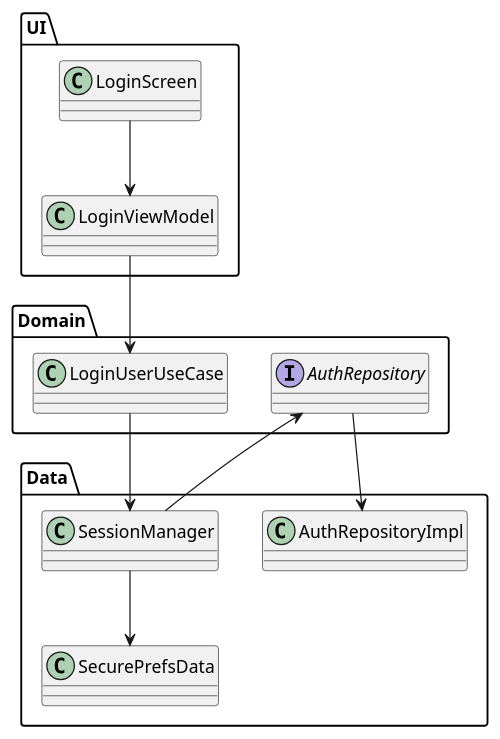
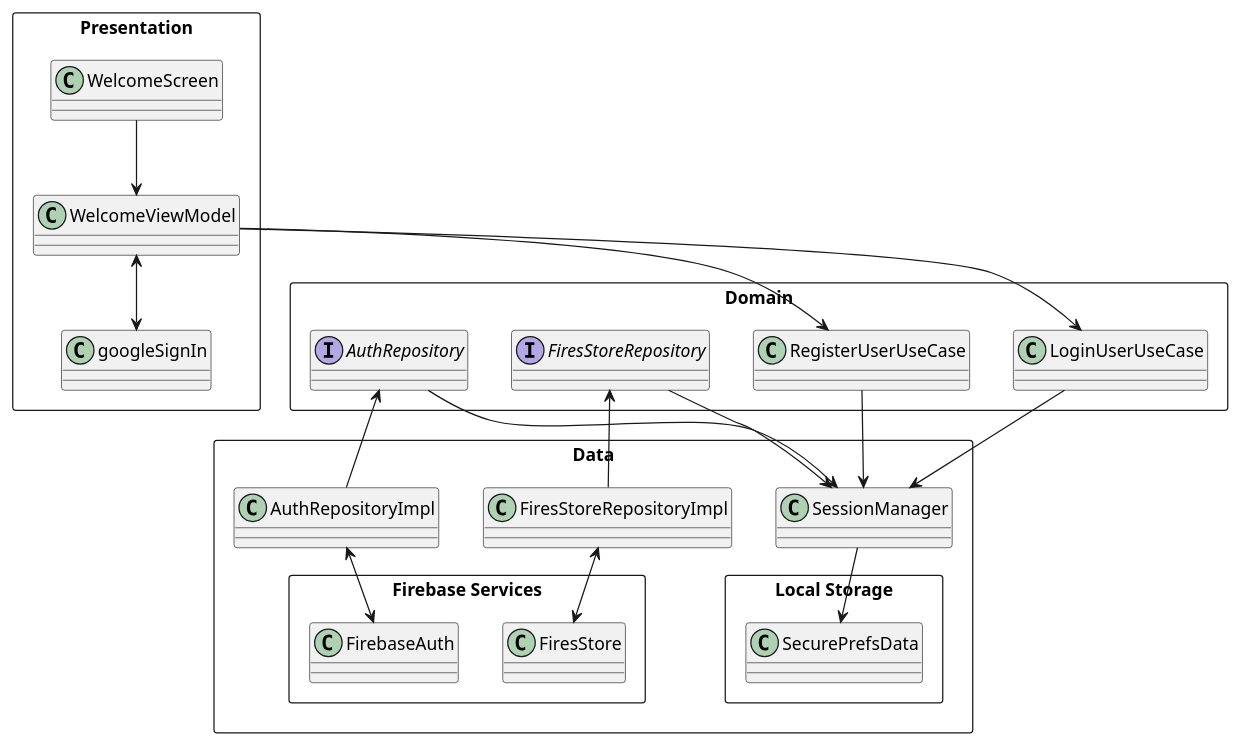
One commit to DaniAguion/SeaBattle changed the diagram in planUML/LoginDiagram.puml. Above: the diagram before and after it, drawn with PlantUML. The commit also changed 5 other files, not shown here.

Commit message:
Created UserProfileFlow Diagram

```diff
--- a/planUML/LoginDiagram.puml
+++ b/planUML/LoginDiagram.puml
@@ -1,26 +1,51 @@
 @startuml
 
-package "Data" {
-  class AuthRepositoryImpl
-  class SecurePrefsData
-  class SessionManager
+
+rectangle "Data" {
+    class SessionManager
+    class FiresStoreRepositoryImpl
+    class AuthRepositoryImpl
+
+    rectangle "Local Storage" {
+        class SecurePrefsData
+    }
+
+    rectangle "Firebase Services" {
+        class FirebaseAuth
+        class FiresStore
+    }
 }
 
-package "Domain" {
-  interface AuthRepository
-  class LoginUserUseCase
+rectangle "Domain" {
+    interface FiresStoreRepository
+    interface AuthRepository
+    class LoginUserUseCase
+    class RegisterUserUseCase
 }
 
-package "UI" {
-  class LoginScreen
-  class LoginViewModel
+rectangle "Presentation" {
+    class WelcomeScreen
+    class googleSignIn
+    class WelcomeViewModel
 }
 
 
-LoginScreen --> LoginViewModel
-LoginViewModel --> LoginUserUseCase
+WelcomeScreen --> WelcomeViewModel
+
+WelcomeViewModel <--> googleSignIn
+WelcomeViewModel --> LoginUserUseCase
+WelcomeViewModel --> RegisterUserUseCase
+
 LoginUserUseCase --> SessionManager
+RegisterUserUseCase --> SessionManager
+
 SessionManager --> SecurePrefsData
-SessionManager --> AuthRepository
-AuthRepository --> AuthRepositoryImpl
+
+SessionManager <-- AuthRepository
+AuthRepository <-- AuthRepositoryImpl
+AuthRepositoryImpl <--> FirebaseAuth
+
+SessionManager <-- FiresStoreRepository
+FiresStoreRepository <-- FiresStoreRepositoryImpl
+FiresStoreRepositoryImpl <--> FiresStore
 @enduml
```
